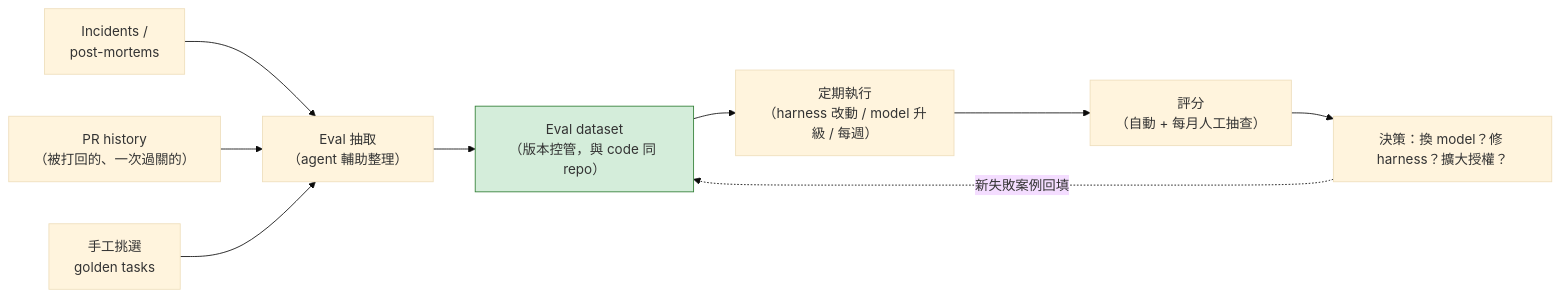
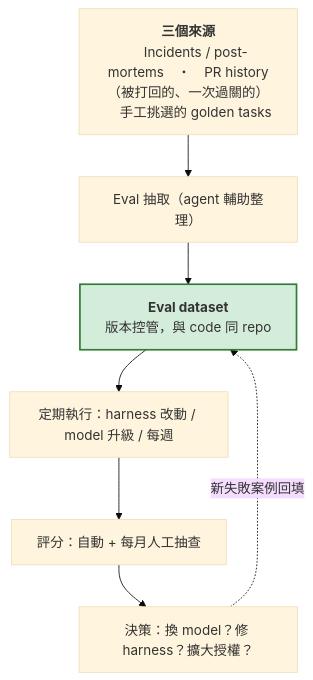
The first of 3 diagrams in 2026-11-agentic-eval-economics/article.md (fantasybz/medium-articles), drawn with Mermaid (base theme) before and after one commit. The commit also changed other lines of this file and 26 other files, not shown here.

First line of the commit message:
Redraw the remaining wide and tall diagrams across all four articles

````diff
--- a/2026-11-agentic-eval-economics/article.md
+++ b/2026-11-agentic-eval-economics/article.md
@@ -25,12 +25,15 @@
 ```mermaid
-flowchart LR
-    SRC1["Incidents /<br/>post-mortems"] --> X["Eval 抽取<br/>（agent 輔助整理）"]
-    SRC2["PR history<br/>（被打回的、一次過關的）"] --> X
-    SRC3["手工挑選<br/>golden tasks"] --> X
-    X --> DS["Eval dataset<br/>（版本控管，與 code 同 repo）"]
-    DS --> RUN["定期執行<br/>（harness 改動 / model 升級 / 每週）"]
-    RUN --> SCORE["評分<br/>（自動 + 每月人工抽查）"]
-    SCORE --> DEC["決策：換 model？修 harness？擴大授權？"]
+flowchart TB
+    SRC["<b>三個來源</b>
+    Incidents / post-mortems　・　PR history（被打回的、一次過關的）
+    手工挑選的 golden tasks"]
+    X["Eval 抽取（agent 輔助整理）"]
+    DS["<b>Eval dataset</b>
+    版本控管，與 code 同 repo"]
+    RUN["定期執行：harness 改動 / model 升級 / 每週"]
+    SCORE["評分：自動 + 每月人工抽查"]
+    DEC["決策：換 model？修 harness？擴大授權？"]
+    SRC --> X --> DS --> RUN --> SCORE --> DEC
     DEC -.->|新失敗案例回填| DS
-    style DS fill:#d4edda,stroke:#2e7d32
+    style DS fill:#d4edda,stroke:#2e7d32,stroke-width:2px
 ```
````
